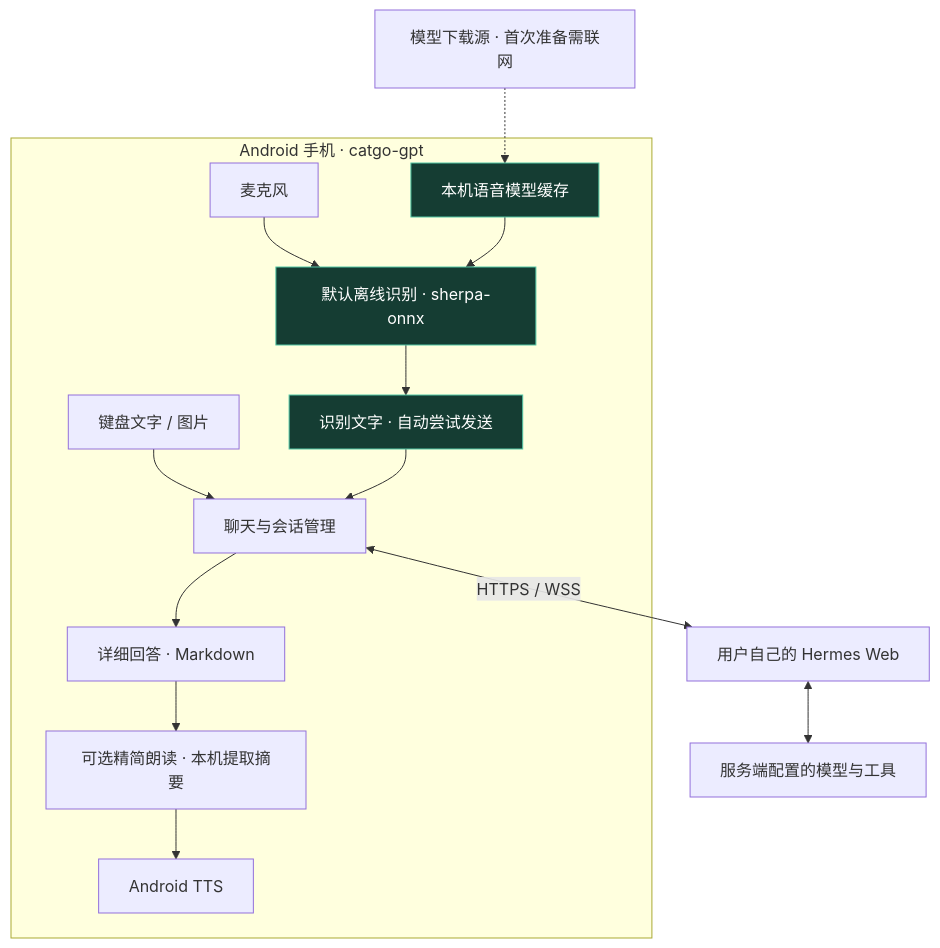
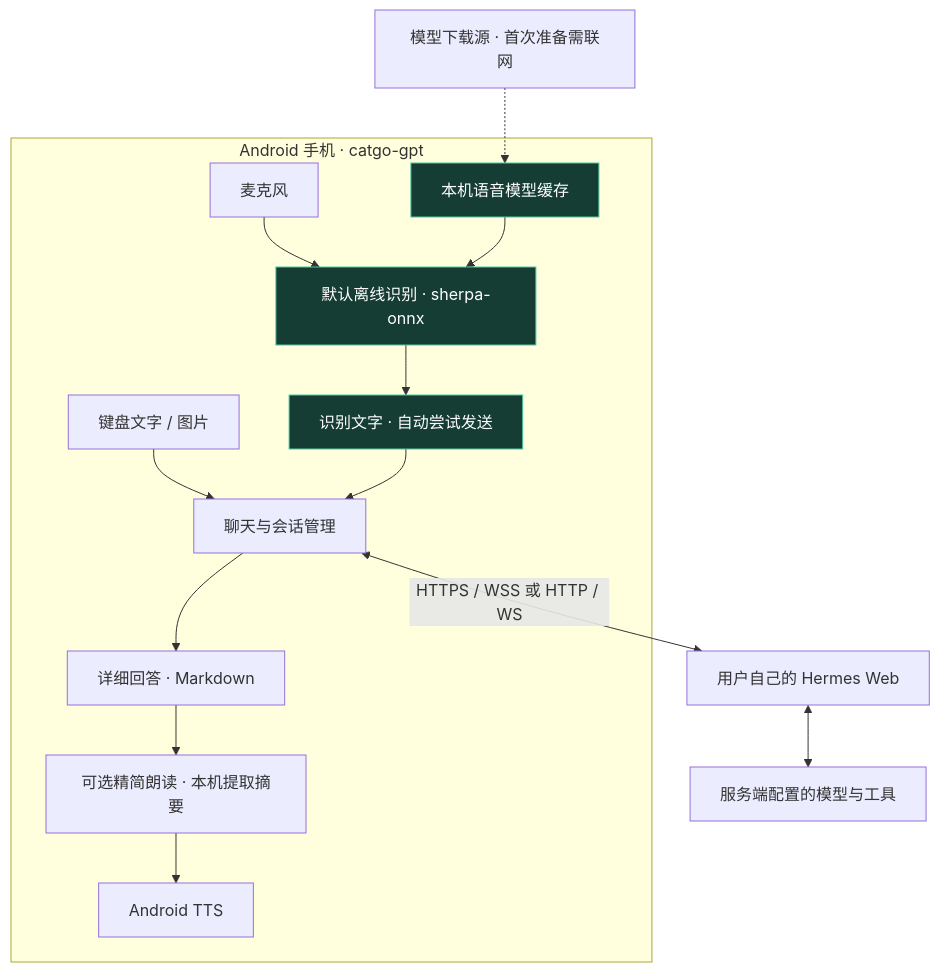
Before and after one commit to zhangckid/hermes-apk: the second of 2 diagrams in README.zh-CN.md, drawn with Mermaid. The commit also changed other lines of this file and 21 other files, not shown here.

````diff
--- a/README.zh-CN.md
+++ b/README.zh-CN.md
@@ -61,18 +61,18 @@
 ```mermaid
 flowchart TD
     subgraph Phone["Android 手机 · catgo-gpt"]
         Mic["麦克风"] --> ASR["默认离线识别 · sherpa-onnx"]
         Model["本机语音模型缓存"] --> ASR
         ASR --> Text["识别文字 · 自动尝试发送"]
         Input["键盘文字 / 图片"] --> Chat["聊天与会话管理"]
         Text --> Chat
         Chat --> View["详细回答 · Markdown"]
         View --> Summary["可选精简朗读 · 本机提取摘要"]
         Summary --> TTS["Android TTS"]
     end
     Download["模型下载源 · 首次准备需联网"] -.-> Model
-    Chat <-->|HTTPS / WSS| Hermes["用户自己的 Hermes Web"]
+    Chat <-->|HTTPS / WSS 或 HTTP / WS| Hermes["用户自己的 Hermes Web"]
     Hermes <--> Provider["服务端配置的模型与工具"]
     classDef offline fill:#153d33,stroke:#52c7a5,color:#ffffff
     class ASR,Model,Text offline
 ```
````
